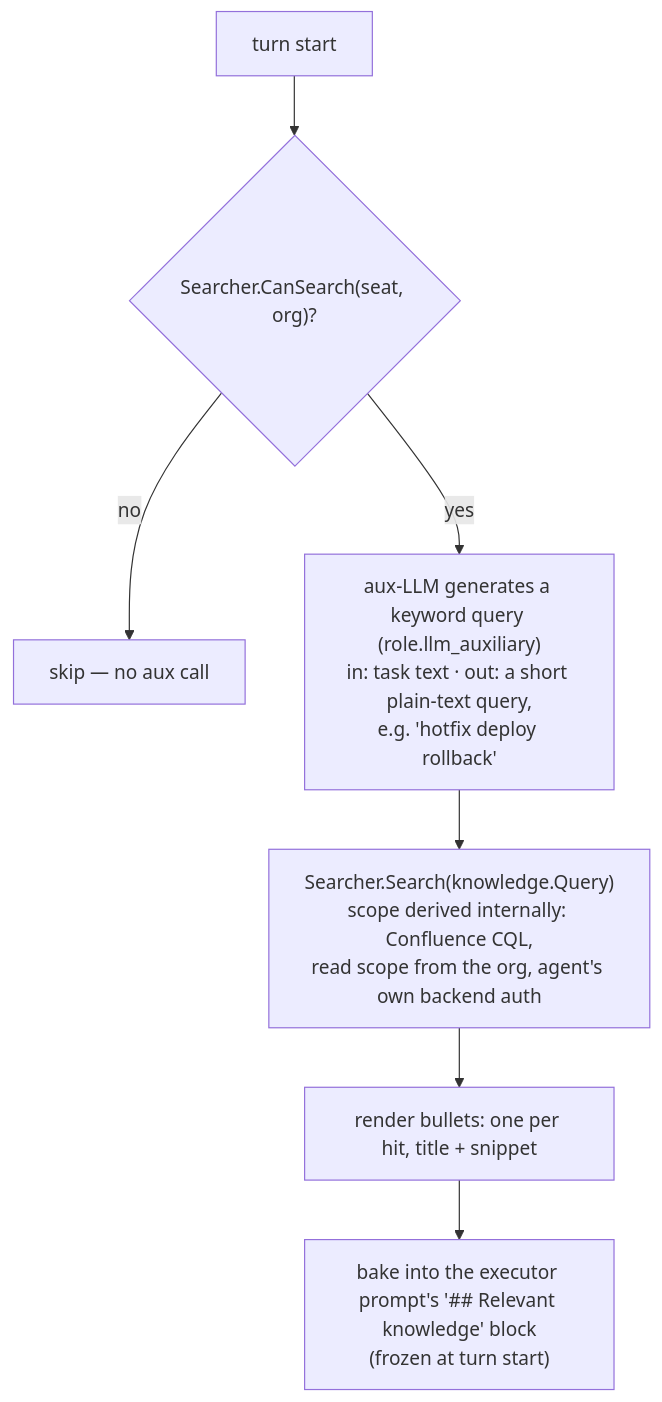
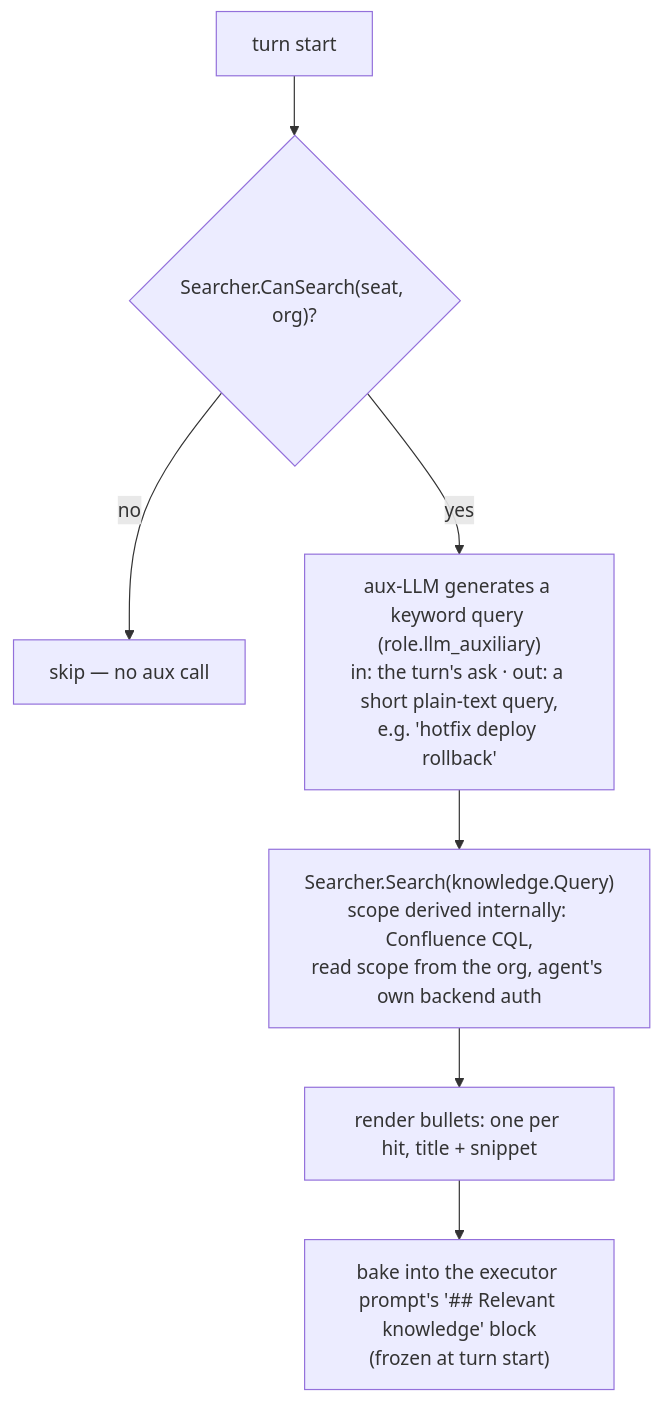
The second of 2 diagrams in docs/concepts/agent-learning.md (crewlet/crewlet), drawn with Mermaid before and after one commit. The commit also changed other lines of this file and 12 other files, not shown here.

````diff
--- a/docs/concepts/agent-learning.md
+++ b/docs/concepts/agent-learning.md
@@ -255,9 +255,9 @@
 ```mermaid
 flowchart TD
     A["turn start"] --> B{"Searcher.CanSearch(seat, org)?"}
     B -->|no| SKIP["skip — no aux call"]
-    B -->|yes| C["aux-LLM generates a keyword query (role.llm_auxiliary)<br/>in: task text · out: a short plain-text query,<br/>e.g. 'hotfix deploy rollback'"]
+    B -->|yes| C["aux-LLM generates a keyword query (role.llm_auxiliary)<br/>in: the turn's ask · out: a short plain-text query,<br/>e.g. 'hotfix deploy rollback'"]
     C --> D["Searcher.Search(knowledge.Query)<br/>scope derived internally: Confluence CQL,<br/>read scope from the org, agent's own backend auth"]
     D --> E["render bullets: one per hit, title + snippet"]
     E --> F["bake into the executor prompt's '## Relevant knowledge' block<br/>(frozen at turn start)"]
 ```
````
